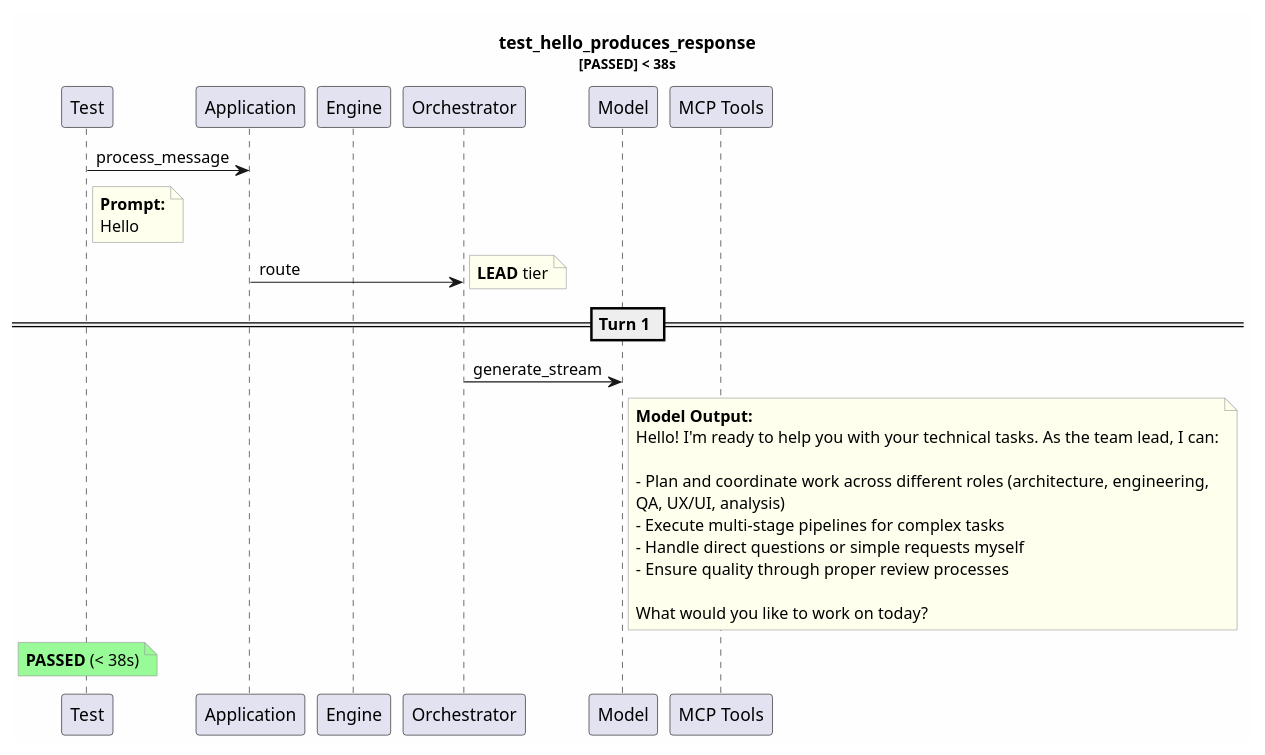
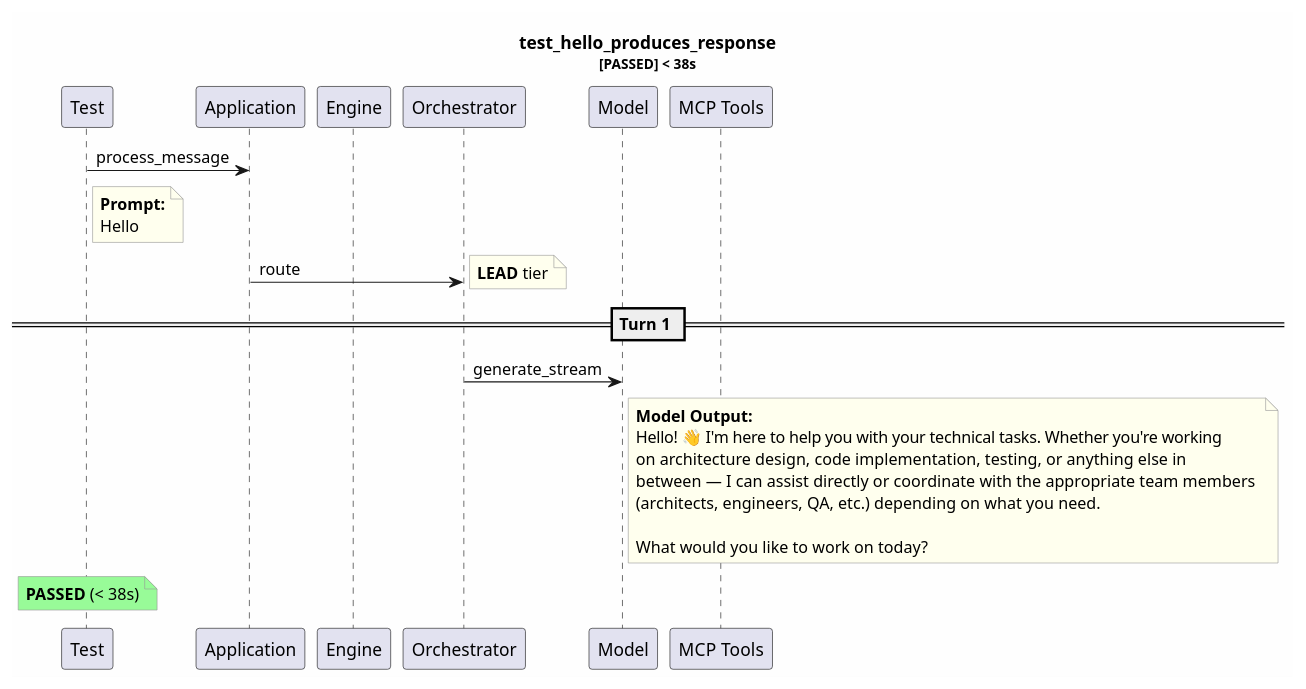
One commit to tvanfossen/entropic changed the diagram in test-reports/logs/test_hello_produces_response/test_hello_produces_response.puml. Above: the diagram before and after it, drawn with PlantUML. The commit also changed 11 other files, not shown here.

```diff
--- a/test-reports/logs/test_hello_produces_response/test_hello_produces_response.puml
+++ b/test-reports/logs/test_hello_produces_response/test_hello_produces_response.puml
@@ -1,39 +1,36 @@
 @startuml
 skinparam backgroundColor #FEFEFE
 skinparam noteBorderColor #999999
 skinparam noteBackgroundColor #FFFFEE
 title test_hello_produces_response\n<size:11>[PASSED] < 38s</size>
 
 participant "Test" as T
 participant "Application" as App
 participant "Engine" as Eng
 participant "Orchestrator" as Orch
 participant "Model" as Mdl
 participant "MCP Tools" as MCP
 
 T -> App: process_message
 note right of T
   **Prompt:**
   Hello
 end note
 App -> Orch: route
 note right: **LEAD** tier
 == Turn 1 ==
 Orch -> Mdl: generate_stream
 note right of Mdl
   **Model Output:**
-  Hello! I'm ready to help you with your technical tasks. As the team lead, I can:
-  
-  - Plan and coordinate work across different roles (architecture, engineering, 
-  QA, UX/UI, analysis)
-  - Execute multi-stage pipelines for complex tasks
-  - Handle direct questions or simple requests myself
-  - Ensure quality through proper review processes
+  Hello! 👋 I'm here to help you with your technical tasks. Whether you're working 
+  on architecture design, code implementation, testing, or anything else in 
+  between — I can assist directly or coordinate with the appropriate team members 
+  (architects, engineers, QA, etc.) depending on what you need.
   
   What would you like to work on today?
 end note
 note over T #palegreen
   **PASSED** (< 38s)
 end note
 
 @enduml
```
